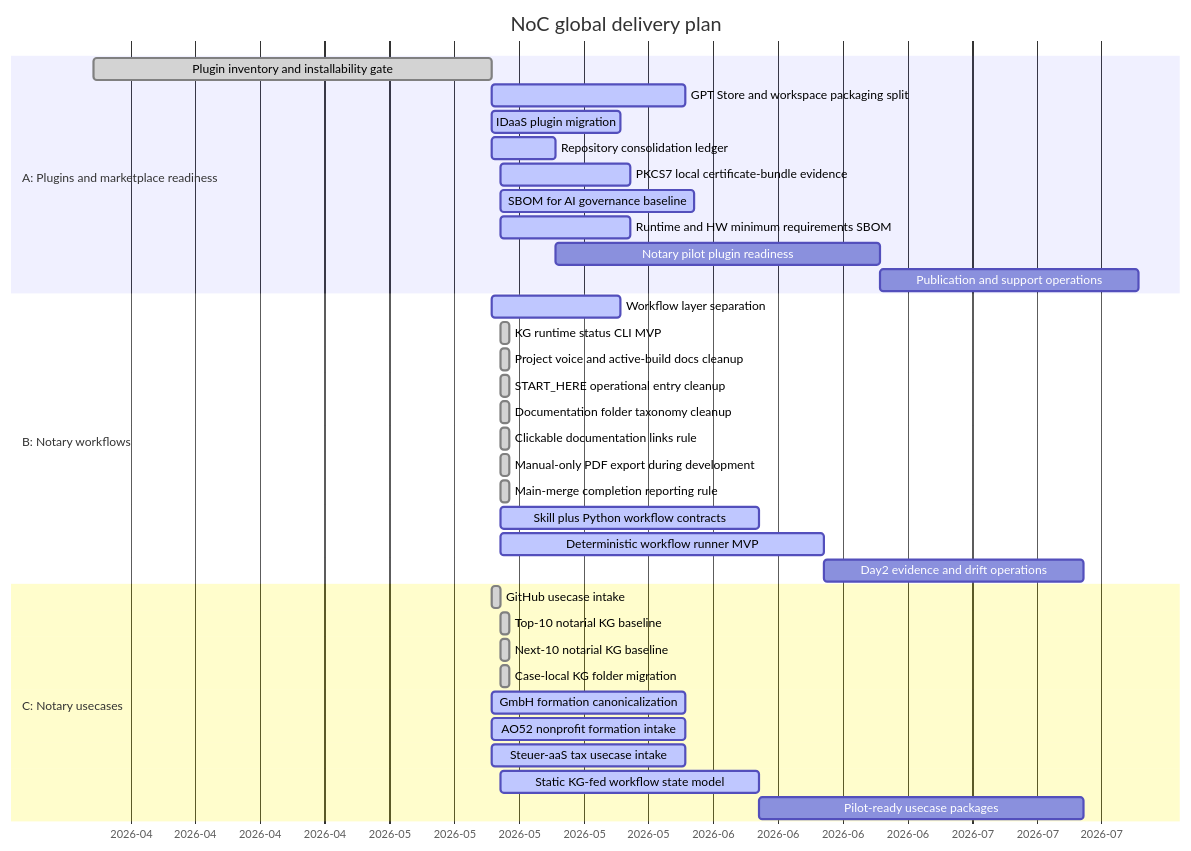
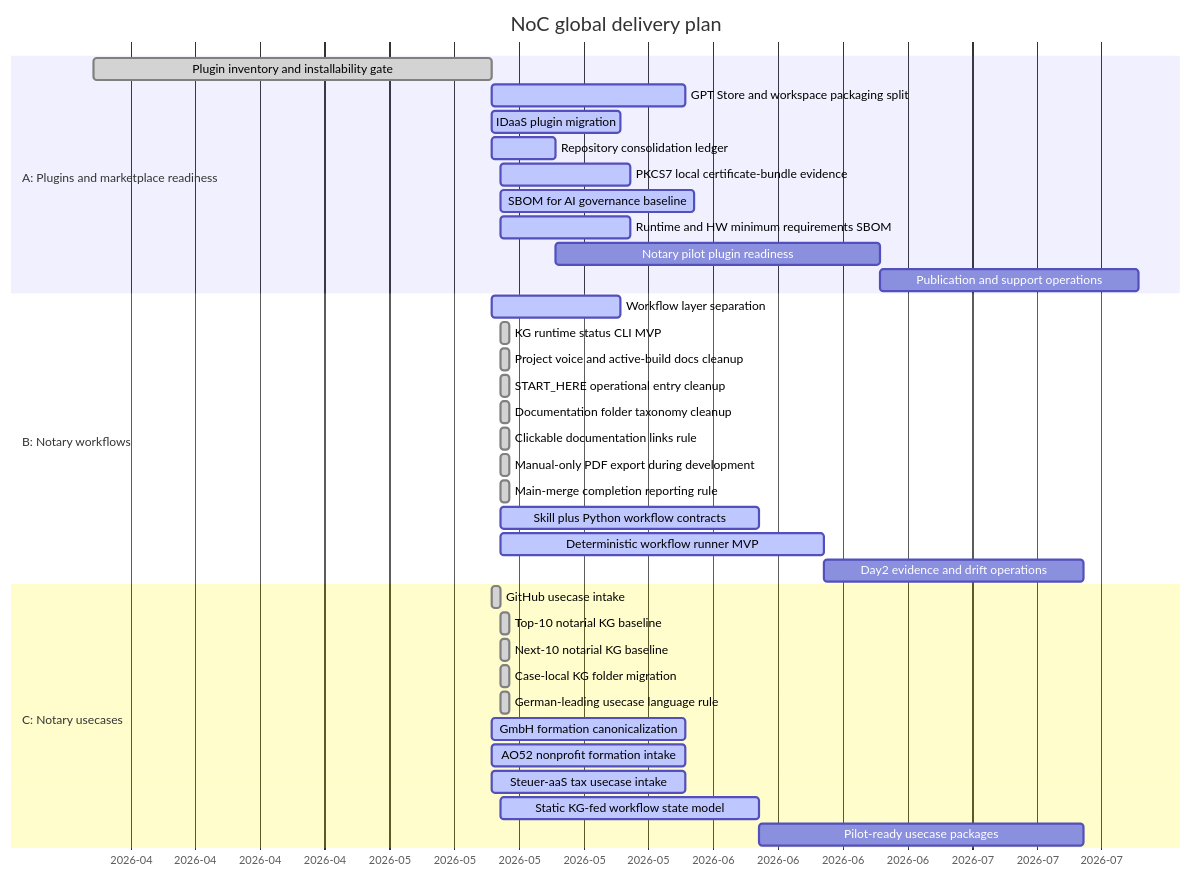
The diagram in roadmap/GANTT.md (notariat8/NaC), drawn with Mermaid before and after one commit. The commit also changed other lines of this file and 10 other files, not shown here.

Commit message:
Make German leading for notarial usecases

````diff
--- a/roadmap/GANTT.md
+++ b/roadmap/GANTT.md
@@ -12,41 +12,42 @@
 ```mermaid
 gantt
     title NoC global delivery plan
     dateFormat  YYYY-MM-DD
     axisFormat  %Y-%m
 
     section A: Plugins and marketplace readiness
     Plugin inventory and installability gate     :done,    a1, 2026-04-01, 2026-05-14
     GPT Store and workspace packaging split      :active,  a2, 2026-05-14, 21d
     IDaaS plugin migration                       :active,  a3, 2026-05-14, 14d
     Repository consolidation ledger              :active,  a4, 2026-05-14, 7d
     PKCS7 local certificate-bundle evidence      :active,  a4a, 2026-05-15, 14d
     SBOM for AI governance baseline              :active,  a4b, 2026-05-15, 21d
     Runtime and HW minimum requirements SBOM     :active,  a4c, 2026-05-15, 14d
     Notary pilot plugin readiness                :         a5, after a4, 35d
     Publication and support operations           :         a6, after a5, 28d
 
     section B: Notary workflows
     Workflow layer separation                    :active,  b1, 2026-05-14, 14d
     KG runtime status CLI MVP                    :done,    b1a, 2026-05-15, 1d
     Project voice and active-build docs cleanup  :done,    b1b, 2026-05-15, 1d
     START_HERE operational entry cleanup         :done,    b1c, 2026-05-15, 1d
     Documentation folder taxonomy cleanup        :done,    b1d, 2026-05-15, 1d
     Clickable documentation links rule           :done,    b1e, 2026-05-15, 1d
     Manual-only PDF export during development    :done,    b1f, 2026-05-15, 1d
     Main-merge completion reporting rule         :done,    b1g, 2026-05-15, 1d
     Skill plus Python workflow contracts         :active,  b2, 2026-05-15, 28d
     Deterministic workflow runner MVP            :active,  b3, 2026-05-15, 35d
     Day2 evidence and drift operations           :         b4, after b3, 28d
 
     section C: Notary usecases
     GitHub usecase intake                        :done,    c1, 2026-05-14, 1d
     Top-10 notarial KG baseline                  :done,    c2, 2026-05-15, 1d
     Next-10 notarial KG baseline                 :done,    c3, 2026-05-15, 1d
     Case-local KG folder migration               :done,    c3a, 2026-05-15, 1d
+    German-leading usecase language rule         :done,    c3b, 2026-05-15, 1d
     GmbH formation canonicalization              :active,  c4, 2026-05-14, 21d
     AO52 nonprofit formation intake              :active,  c5, 2026-05-14, 21d
     Steuer-aaS tax usecase intake                :active,  c6, 2026-05-14, 21d
     Static KG-fed workflow state model           :active,  c7, 2026-05-15, 28d
     Pilot-ready usecase packages                 :         c8, after c7, 35d
 ```
````
